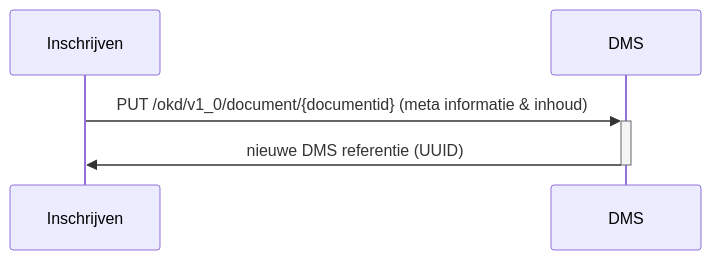
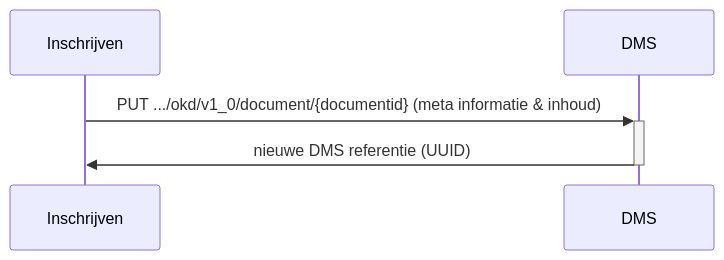
The first of 4 diagrams in doc/flow-1.md (Onderwijs-Koppelingen-OKx/OKD-Document-Management), drawn with Mermaid before and after one commit. The commit also changed other lines of this file and 4 other files, not shown here.

````diff
--- a/doc/flow-1.md
+++ b/doc/flow-1.md
@@ -7,9 +7,9 @@
 ```mermaid
 sequenceDiagram
     Participant Inschrijven
     Participant DMS
 
-    Inschrijven->>+DMS: PUT /okd/v1_0/document/{documentid} (meta informatie & inhoud)
+    Inschrijven->>+DMS: PUT .../okd/v1_0/document/{documentid} (meta informatie & inhoud)
     DMS->>-Inschrijven: nieuwe DMS referentie (UUID)
 
 ```
````
